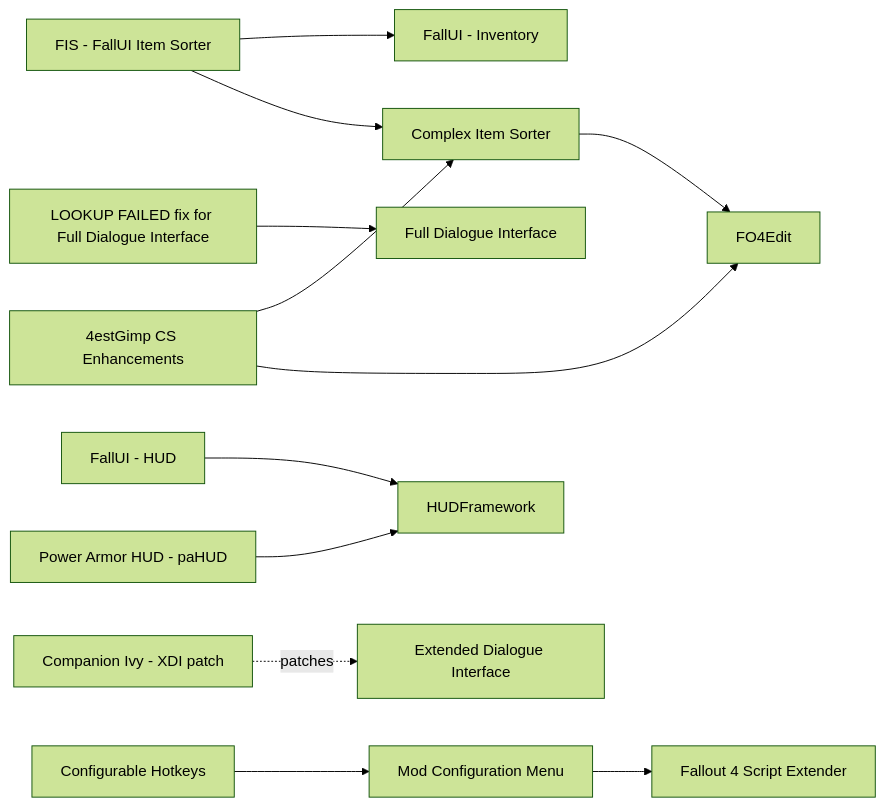
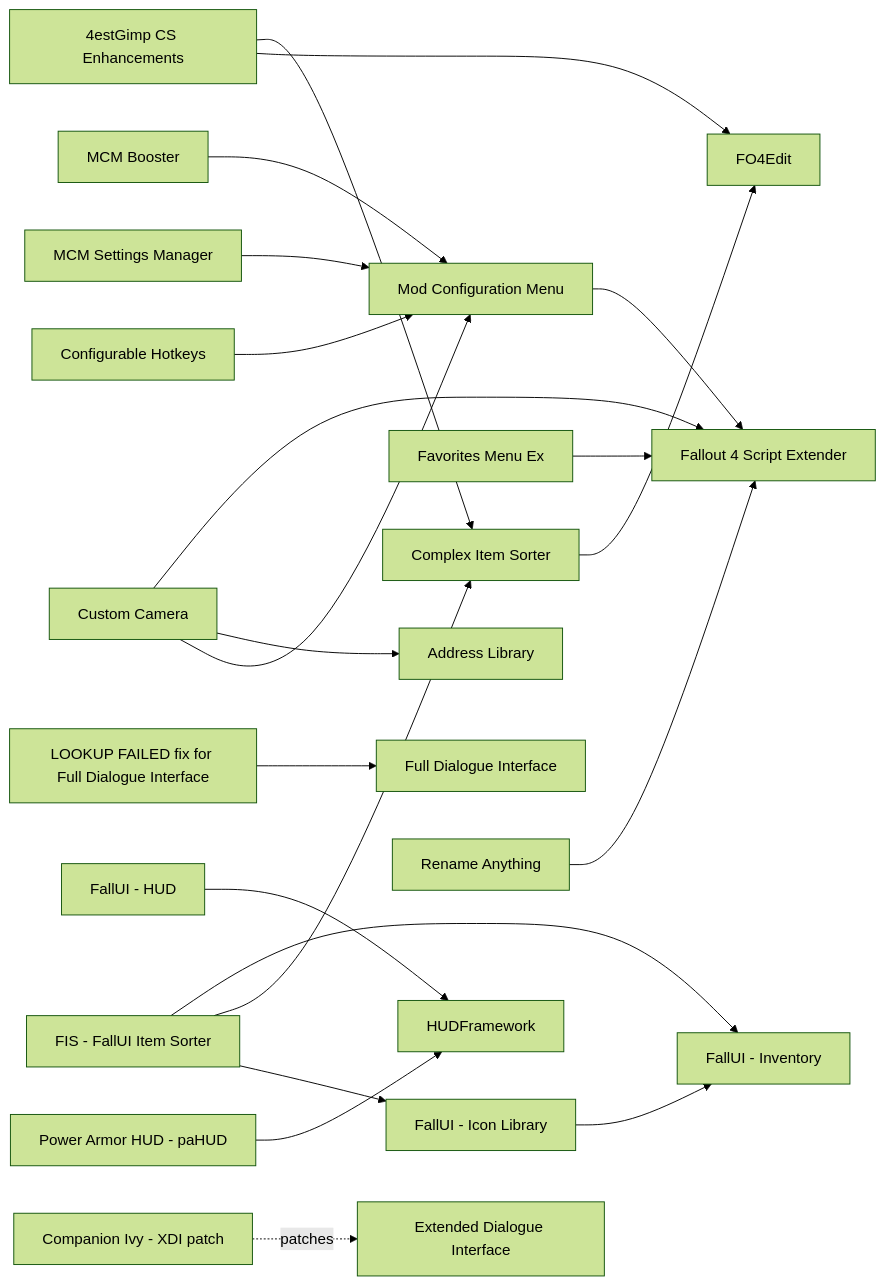
One commit to MorganKryze/fallout4-macos-modding changed the diagram in docs/catalog/interface.md. Above: the diagram before and after it, drawn with Mermaid (forest theme). The commit also changed other lines of this file and 14 other files, not shown here.

````diff
--- a/docs/catalog/interface.md
+++ b/docs/catalog/interface.md
@@ -87,29 +96,45 @@
 ```mermaid
 graph LR
   4estgimp_cs_enhancements["4estGimp CS Enhancements"]
+  address_library["Address Library"]
   companion_ivy_xdi_patch["Companion Ivy - XDI patch"]
   complex_item_sorter["Complex Item Sorter"]
   configurable_hotkeys["Configurable Hotkeys"]
+  custom_camera["Custom Camera"]
   f4se["Fallout 4 Script Extender"]
   fallui_hud["FallUI - HUD"]
+  fallui_icon_library["FallUI - Icon Library"]
   fallui_inventory["FallUI - Inventory"]
+  favorites_menu_ex["Favorites Menu Ex"]
   fdi_lookup_failed_fix["LOOKUP FAILED fix for Full Dialogue Interface"]
   fis_fallui_item_sorter["FIS - FallUI Item Sorter"]
   fo4edit["FO4Edit"]
   full_dialogue_interface["Full Dialogue Interface"]
   hudframework["HUDFramework"]
   mcm["Mod Configuration Menu"]
+  mcm_booster["MCM Booster"]
+  mcm_settings_manager["MCM Settings Manager"]
   pahud["Power Armor HUD - paHUD"]
+  rename_anything["Rename Anything"]
   xdi["Extended Dialogue Interface"]
   mcm --> f4se
   complex_item_sorter --> fo4edit
   companion_ivy_xdi_patch -. patches .-> xdi
   fallui_hud --> hudframework
+  fallui_icon_library --> fallui_inventory
   fis_fallui_item_sorter --> fallui_inventory
   fis_fallui_item_sorter --> complex_item_sorter
+  fis_fallui_item_sorter --> fallui_icon_library
+  mcm_booster --> mcm
+  mcm_settings_manager --> mcm
   pahud --> hudframework
   4estgimp_cs_enhancements --> complex_item_sorter
   4estgimp_cs_enhancements --> fo4edit
   configurable_hotkeys --> mcm
+  custom_camera --> f4se
+  custom_camera --> address_library
+  custom_camera --> mcm
+  favorites_menu_ex --> f4se
+  rename_anything --> f4se
   fdi_lookup_failed_fix --> full_dialogue_interface
 ```
````
